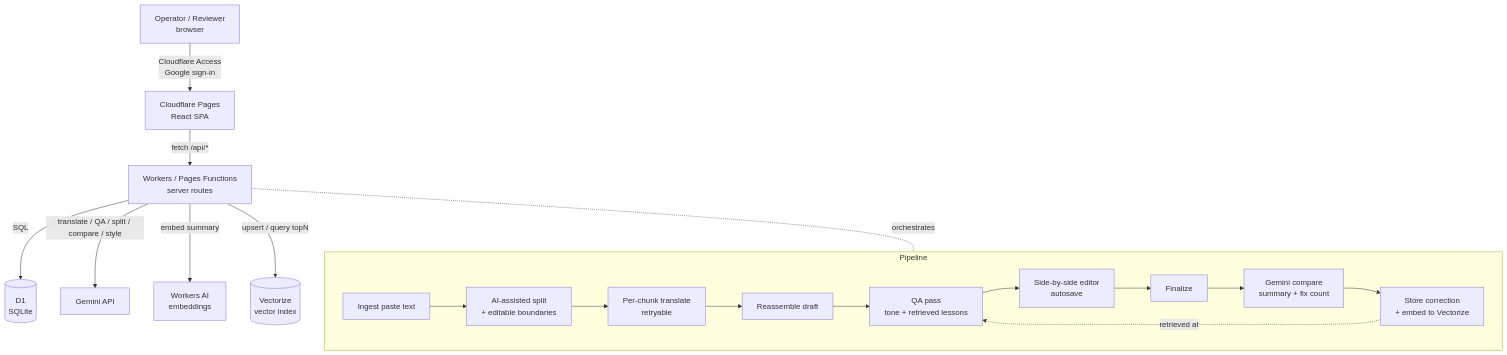
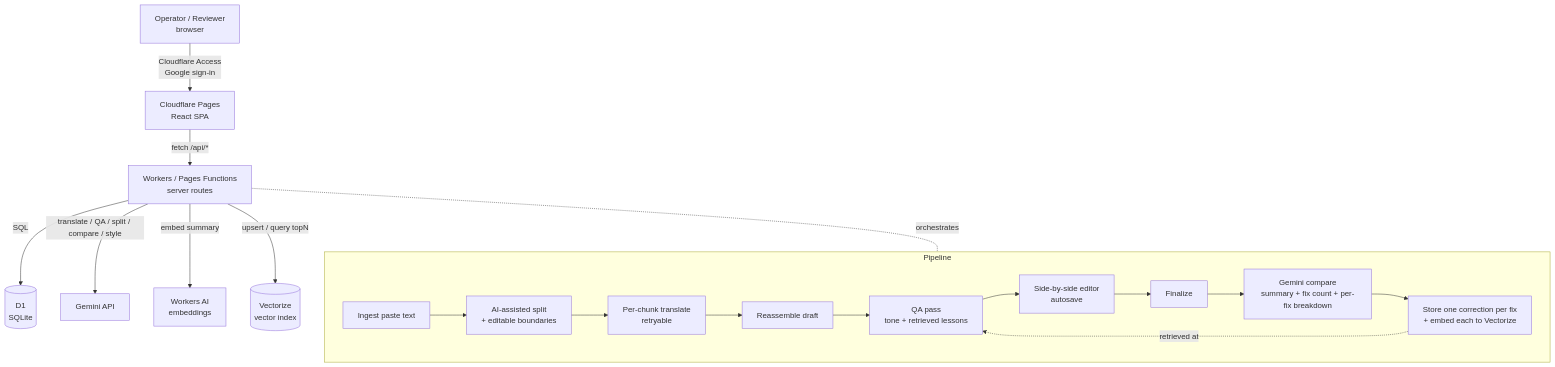
One commit to davezking/Ai-translate-engine changed the first of 2 diagrams in architecture.md. Above: the diagram before and after it, drawn with Mermaid. The commit also changed other lines of this file and 11 other files, not shown here.

````diff
--- a/architecture.md
+++ b/architecture.md
@@ -35,24 +35,24 @@
 ```mermaid
 flowchart TD
     U[Operator / Reviewer<br/>browser] -->|Cloudflare Access<br/>Google sign-in| APP[Cloudflare Pages<br/>React SPA]
     APP -->|fetch /api/*| W[Workers / Pages Functions<br/>server routes]
 
     W -->|SQL| D1[(D1<br/>SQLite)]
     W -->|translate / QA / split / compare / style| GEM[Gemini API]
     W -->|embed summary| WAI[Workers AI<br/>embeddings]
     W -->|upsert / query topN| VEC[(Vectorize<br/>vector index)]
 
     subgraph Pipeline
       ING[Ingest paste text] --> SPL[AI-assisted split<br/>+ editable boundaries]
       SPL --> TR[Per-chunk translate<br/>retryable]
       TR --> RE[Reassemble draft]
       RE --> QA[QA pass<br/>tone + retrieved lessons]
       QA --> ED[Side-by-side editor<br/>autosave]
       ED --> FIN[Finalize]
-      FIN --> CMP[Gemini compare<br/>summary + fix count]
-      CMP --> LIB[Store correction<br/>+ embed to Vectorize]
+      FIN --> CMP[Gemini compare<br/>summary + fix count + per-fix breakdown]
+      CMP --> LIB[Store one correction per fix<br/>+ embed each to Vectorize]
     end
 
     W -.orchestrates.- Pipeline
     LIB -.retrieved at.-> QA
 ```
````
